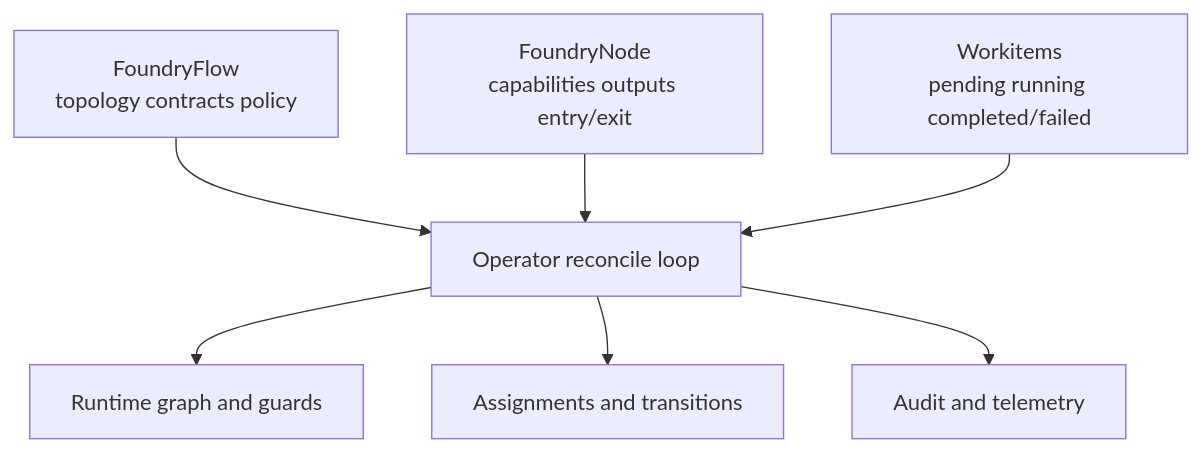
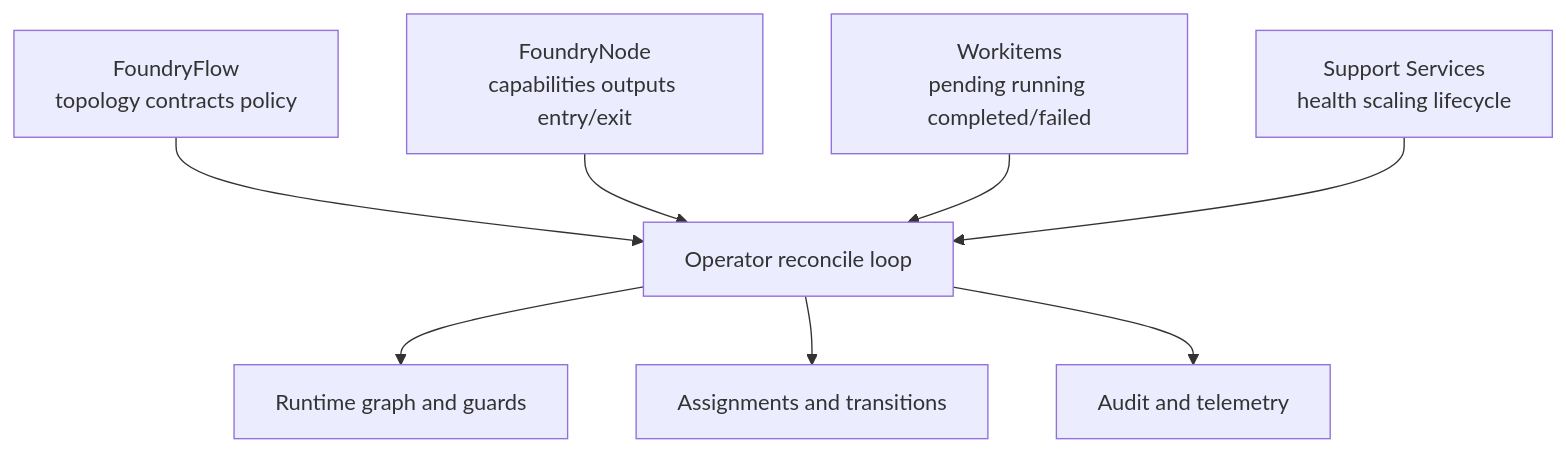
Before and after one commit to really-knows-ai/gideas: the first of 3 diagrams in 02-flow/01-operator.md, drawn with Mermaid. The commit also changed other lines of this file and 13 other files, not shown here.

Commit message:
docs: introduce Flow Support Services concept, update related documentation, and clarify Codification Services role

````diff
--- a/02-flow/01-operator.md
+++ b/02-flow/01-operator.md
@@ -28,10 +29,11 @@
 ```mermaid
 flowchart TD
     FF["FoundryFlow<br/>topology contracts policy"] --> OP["Operator reconcile loop"]
     FN["FoundryNode<br/>capabilities outputs entry/exit"] --> OP
     WI["Workitems<br/>pending running completed/failed"] --> OP
+    SS["Support Services<br/>health scaling lifecycle"] --> OP
 
     OP --> RT["Runtime graph and guards"]
     OP --> AS["Assignments and transitions"]
     OP --> AU["Audit and telemetry"]
 ```
````
